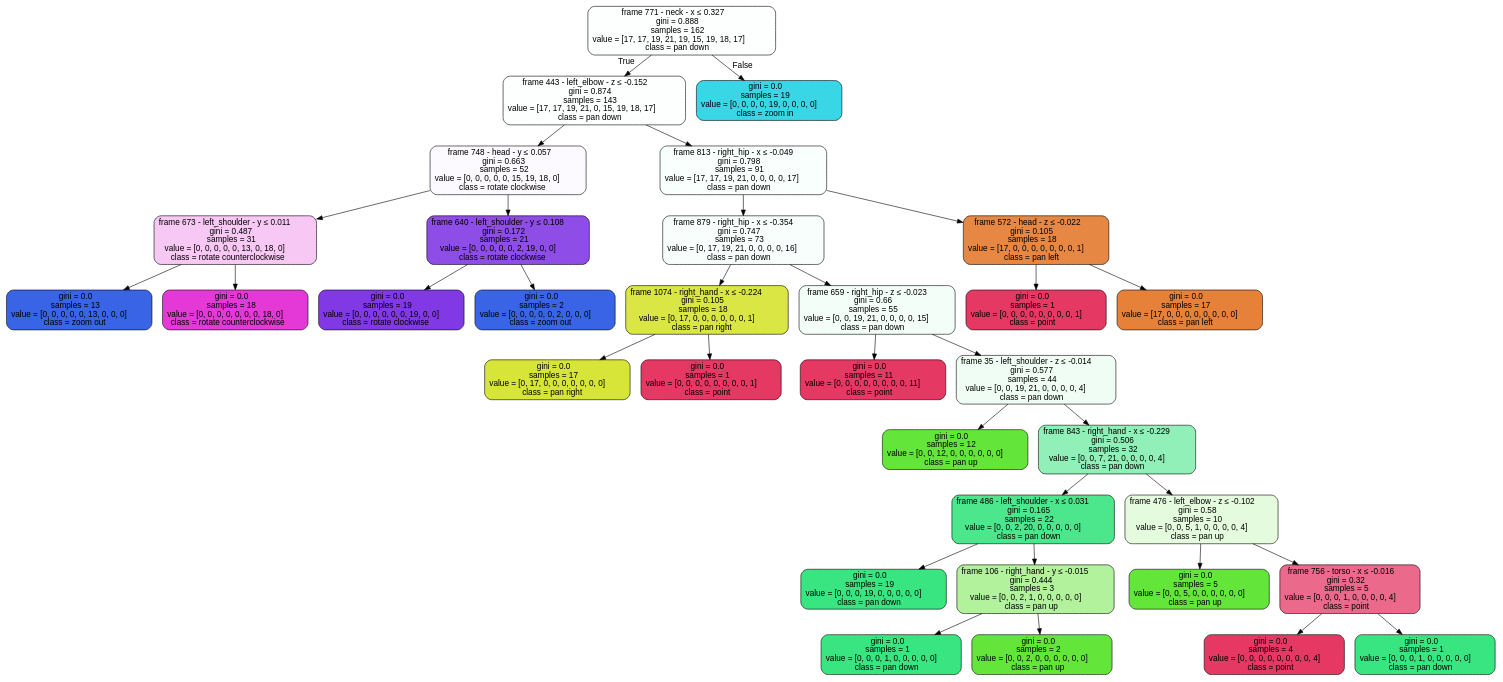
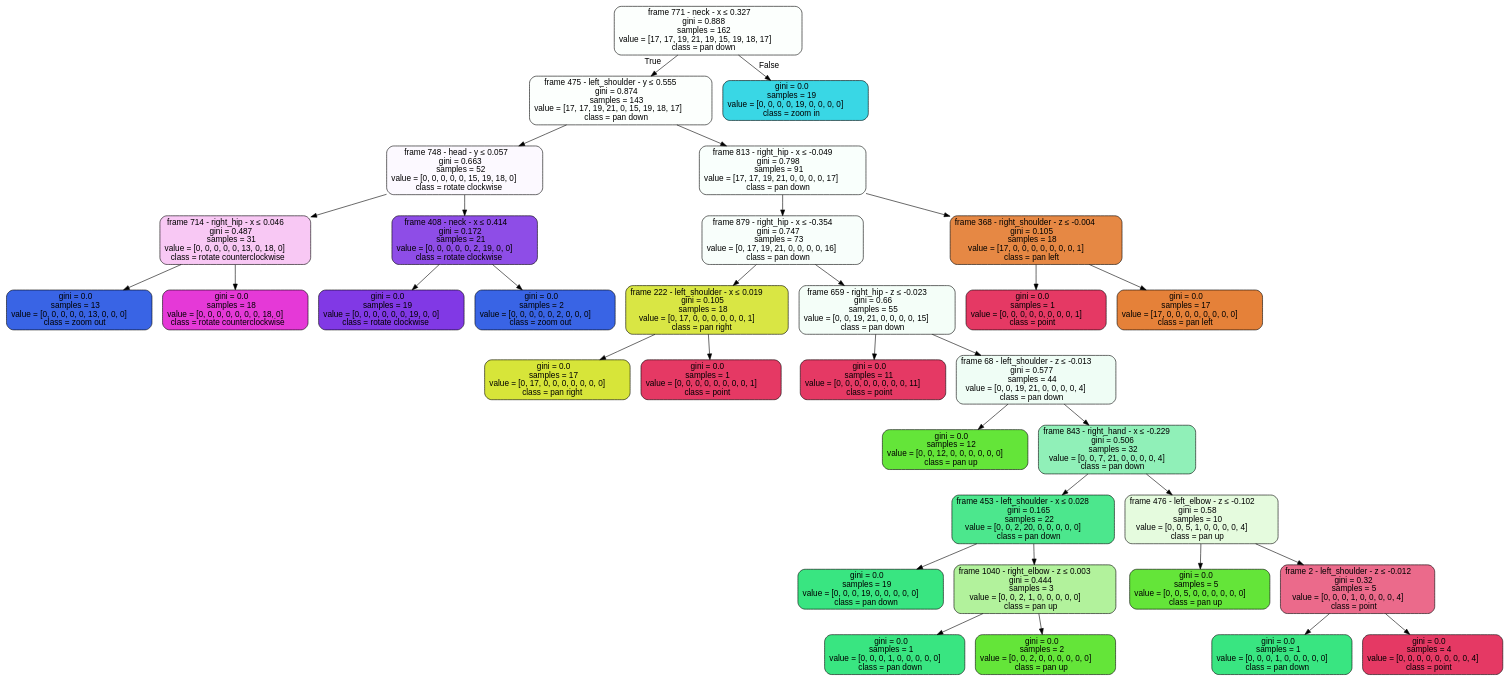
The diagram in miniprojects/project2/tree.dot (mcreaded/6.835), drawn with Graphviz before and after one commit. The commit also changed 23 other files, not shown here.

```diff
--- a/miniprojects/project2/tree.dot
+++ b/miniprojects/project2/tree.dot
@@ -1,69 +1,69 @@
 digraph Tree {
 node [shape=box, style="filled, rounded", color="black", fontname=helvetica] ;
 edge [fontname=helvetica] ;
 0 [label=<frame 771 - neck - x &le; 0.327<br/>gini = 0.888<br/>samples = 162<br/>value = [17, 17, 19, 21, 19, 15, 19, 18, 17]<br/>class = pan down>, fillcolor="#39e58104"] ;
-1 [label=<frame 443 - left_elbow - z &le; -0.152<br/>gini = 0.874<br/>samples = 143<br/>value = [17, 17, 19, 21, 0, 15, 19, 18, 17]<br/>class = pan down>, fillcolor="#39e58104"] ;
+1 [label=<frame 475 - left_shoulder - y &le; 0.555<br/>gini = 0.874<br/>samples = 143<br/>value = [17, 17, 19, 21, 0, 15, 19, 18, 17]<br/>class = pan down>, fillcolor="#39e58104"] ;
 0 -> 1 [labeldistance=2.5, labelangle=45, headlabel="True"] ;
 2 [label=<frame 748 - head - y &le; 0.057<br/>gini = 0.663<br/>samples = 52<br/>value = [0, 0, 0, 0, 0, 15, 19, 18, 0]<br/>class = rotate clockwise>, fillcolor="#8139e507"] ;
 1 -> 2 ;
-3 [label=<frame 673 - left_shoulder - y &le; 0.011<br/>gini = 0.487<br/>samples = 31<br/>value = [0, 0, 0, 0, 0, 13, 0, 18, 0]<br/>class = rotate counterclockwise>, fillcolor="#e539d747"] ;
+3 [label=<frame 714 - right_hip - x &le; 0.046<br/>gini = 0.487<br/>samples = 31<br/>value = [0, 0, 0, 0, 0, 13, 0, 18, 0]<br/>class = rotate counterclockwise>, fillcolor="#e539d747"] ;
 2 -> 3 ;
 4 [label=<gini = 0.0<br/>samples = 13<br/>value = [0, 0, 0, 0, 0, 13, 0, 0, 0]<br/>class = zoom out>, fillcolor="#3964e5ff"] ;
 3 -> 4 ;
 5 [label=<gini = 0.0<br/>samples = 18<br/>value = [0, 0, 0, 0, 0, 0, 0, 18, 0]<br/>class = rotate counterclockwise>, fillcolor="#e539d7ff"] ;
 3 -> 5 ;
-6 [label=<frame 640 - left_shoulder - y &le; 0.108<br/>gini = 0.172<br/>samples = 21<br/>value = [0, 0, 0, 0, 0, 2, 19, 0, 0]<br/>class = rotate clockwise>, fillcolor="#8139e5e4"] ;
+6 [label=<frame 408 - neck - x &le; 0.414<br/>gini = 0.172<br/>samples = 21<br/>value = [0, 0, 0, 0, 0, 2, 19, 0, 0]<br/>class = rotate clockwise>, fillcolor="#8139e5e4"] ;
 2 -> 6 ;
 7 [label=<gini = 0.0<br/>samples = 19<br/>value = [0, 0, 0, 0, 0, 0, 19, 0, 0]<br/>class = rotate clockwise>, fillcolor="#8139e5ff"] ;
 6 -> 7 ;
 8 [label=<gini = 0.0<br/>samples = 2<br/>value = [0, 0, 0, 0, 0, 2, 0, 0, 0]<br/>class = zoom out>, fillcolor="#3964e5ff"] ;
 6 -> 8 ;
 9 [label=<frame 813 - right_hip - x &le; -0.049<br/>gini = 0.798<br/>samples = 91<br/>value = [17, 17, 19, 21, 0, 0, 0, 0, 17]<br/>class = pan down>, fillcolor="#39e58107"] ;
 1 -> 9 ;
 10 [label=<frame 879 - right_hip - x &le; -0.354<br/>gini = 0.747<br/>samples = 73<br/>value = [0, 17, 19, 21, 0, 0, 0, 0, 16]<br/>class = pan down>, fillcolor="#39e58109"] ;
 9 -> 10 ;
-11 [label=<frame 1074 - right_hand - x &le; -0.224<br/>gini = 0.105<br/>samples = 18<br/>value = [0, 17, 0, 0, 0, 0, 0, 0, 1]<br/>class = pan right>, fillcolor="#d7e539f0"] ;
+11 [label=<frame 222 - left_shoulder - x &le; 0.019<br/>gini = 0.105<br/>samples = 18<br/>value = [0, 17, 0, 0, 0, 0, 0, 0, 1]<br/>class = pan right>, fillcolor="#d7e539f0"] ;
 10 -> 11 ;
 12 [label=<gini = 0.0<br/>samples = 17<br/>value = [0, 17, 0, 0, 0, 0, 0, 0, 0]<br/>class = pan right>, fillcolor="#d7e539ff"] ;
 11 -> 12 ;
 13 [label=<gini = 0.0<br/>samples = 1<br/>value = [0, 0, 0, 0, 0, 0, 0, 0, 1]<br/>class = point>, fillcolor="#e53964ff"] ;
 11 -> 13 ;
 14 [label=<frame 659 - right_hip - z &le; -0.023<br/>gini = 0.66<br/>samples = 55<br/>value = [0, 0, 19, 21, 0, 0, 0, 0, 15]<br/>class = pan down>, fillcolor="#39e5810e"] ;
 10 -> 14 ;
 15 [label=<gini = 0.0<br/>samples = 11<br/>value = [0, 0, 0, 0, 0, 0, 0, 0, 11]<br/>class = point>, fillcolor="#e53964ff"] ;
 14 -> 15 ;
-16 [label=<frame 35 - left_shoulder - z &le; -0.014<br/>gini = 0.577<br/>samples = 44<br/>value = [0, 0, 19, 21, 0, 0, 0, 0, 4]<br/>class = pan down>, fillcolor="#39e58114"] ;
+16 [label=<frame 68 - left_shoulder - z &le; -0.013<br/>gini = 0.577<br/>samples = 44<br/>value = [0, 0, 19, 21, 0, 0, 0, 0, 4]<br/>class = pan down>, fillcolor="#39e58114"] ;
 14 -> 16 ;
 17 [label=<gini = 0.0<br/>samples = 12<br/>value = [0, 0, 12, 0, 0, 0, 0, 0, 0]<br/>class = pan up>, fillcolor="#64e539ff"] ;
 16 -> 17 ;
 18 [label=<frame 843 - right_hand - x &le; -0.229<br/>gini = 0.506<br/>samples = 32<br/>value = [0, 0, 7, 21, 0, 0, 0, 0, 4]<br/>class = pan down>, fillcolor="#39e5818f"] ;
 16 -> 18 ;
-19 [label=<frame 486 - left_shoulder - x &le; 0.031<br/>gini = 0.165<br/>samples = 22<br/>value = [0, 0, 2, 20, 0, 0, 0, 0, 0]<br/>class = pan down>, fillcolor="#39e581e6"] ;
+19 [label=<frame 453 - left_shoulder - x &le; 0.028<br/>gini = 0.165<br/>samples = 22<br/>value = [0, 0, 2, 20, 0, 0, 0, 0, 0]<br/>class = pan down>, fillcolor="#39e581e6"] ;
 18 -> 19 ;
 20 [label=<gini = 0.0<br/>samples = 19<br/>value = [0, 0, 0, 19, 0, 0, 0, 0, 0]<br/>class = pan down>, fillcolor="#39e581ff"] ;
 19 -> 20 ;
-21 [label=<frame 106 - right_hand - y &le; -0.015<br/>gini = 0.444<br/>samples = 3<br/>value = [0, 0, 2, 1, 0, 0, 0, 0, 0]<br/>class = pan up>, fillcolor="#64e5397f"] ;
+21 [label=<frame 1040 - right_elbow - z &le; 0.003<br/>gini = 0.444<br/>samples = 3<br/>value = [0, 0, 2, 1, 0, 0, 0, 0, 0]<br/>class = pan up>, fillcolor="#64e5397f"] ;
 19 -> 21 ;
 22 [label=<gini = 0.0<br/>samples = 1<br/>value = [0, 0, 0, 1, 0, 0, 0, 0, 0]<br/>class = pan down>, fillcolor="#39e581ff"] ;
 21 -> 22 ;
 23 [label=<gini = 0.0<br/>samples = 2<br/>value = [0, 0, 2, 0, 0, 0, 0, 0, 0]<br/>class = pan up>, fillcolor="#64e539ff"] ;
 21 -> 23 ;
 24 [label=<frame 476 - left_elbow - z &le; -0.102<br/>gini = 0.58<br/>samples = 10<br/>value = [0, 0, 5, 1, 0, 0, 0, 0, 4]<br/>class = pan up>, fillcolor="#64e5392a"] ;
 18 -> 24 ;
 25 [label=<gini = 0.0<br/>samples = 5<br/>value = [0, 0, 5, 0, 0, 0, 0, 0, 0]<br/>class = pan up>, fillcolor="#64e539ff"] ;
 24 -> 25 ;
-26 [label=<frame 756 - torso - x &le; -0.016<br/>gini = 0.32<br/>samples = 5<br/>value = [0, 0, 0, 1, 0, 0, 0, 0, 4]<br/>class = point>, fillcolor="#e53964bf"] ;
+26 [label=<frame 2 - left_shoulder - z &le; -0.012<br/>gini = 0.32<br/>samples = 5<br/>value = [0, 0, 0, 1, 0, 0, 0, 0, 4]<br/>class = point>, fillcolor="#e53964bf"] ;
 24 -> 26 ;
-27 [label=<gini = 0.0<br/>samples = 4<br/>value = [0, 0, 0, 0, 0, 0, 0, 0, 4]<br/>class = point>, fillcolor="#e53964ff"] ;
+27 [label=<gini = 0.0<br/>samples = 1<br/>value = [0, 0, 0, 1, 0, 0, 0, 0, 0]<br/>class = pan down>, fillcolor="#39e581ff"] ;
 26 -> 27 ;
-28 [label=<gini = 0.0<br/>samples = 1<br/>value = [0, 0, 0, 1, 0, 0, 0, 0, 0]<br/>class = pan down>, fillcolor="#39e581ff"] ;
+28 [label=<gini = 0.0<br/>samples = 4<br/>value = [0, 0, 0, 0, 0, 0, 0, 0, 4]<br/>class = point>, fillcolor="#e53964ff"] ;
 26 -> 28 ;
-29 [label=<frame 572 - head - z &le; -0.022<br/>gini = 0.105<br/>samples = 18<br/>value = [17, 0, 0, 0, 0, 0, 0, 0, 1]<br/>class = pan left>, fillcolor="#e58139f0"] ;
+29 [label=<frame 368 - right_shoulder - z &le; -0.004<br/>gini = 0.105<br/>samples = 18<br/>value = [17, 0, 0, 0, 0, 0, 0, 0, 1]<br/>class = pan left>, fillcolor="#e58139f0"] ;
 9 -> 29 ;
 30 [label=<gini = 0.0<br/>samples = 1<br/>value = [0, 0, 0, 0, 0, 0, 0, 0, 1]<br/>class = point>, fillcolor="#e53964ff"] ;
 29 -> 30 ;
 31 [label=<gini = 0.0<br/>samples = 17<br/>value = [17, 0, 0, 0, 0, 0, 0, 0, 0]<br/>class = pan left>, fillcolor="#e58139ff"] ;
 29 -> 31 ;
 32 [label=<gini = 0.0<br/>samples = 19<br/>value = [0, 0, 0, 0, 19, 0, 0, 0, 0]<br/>class = zoom in>, fillcolor="#39d7e5ff"] ;
 0 -> 32 [labeldistance=2.5, labelangle=-45, headlabel="False"] ;
 }
```
